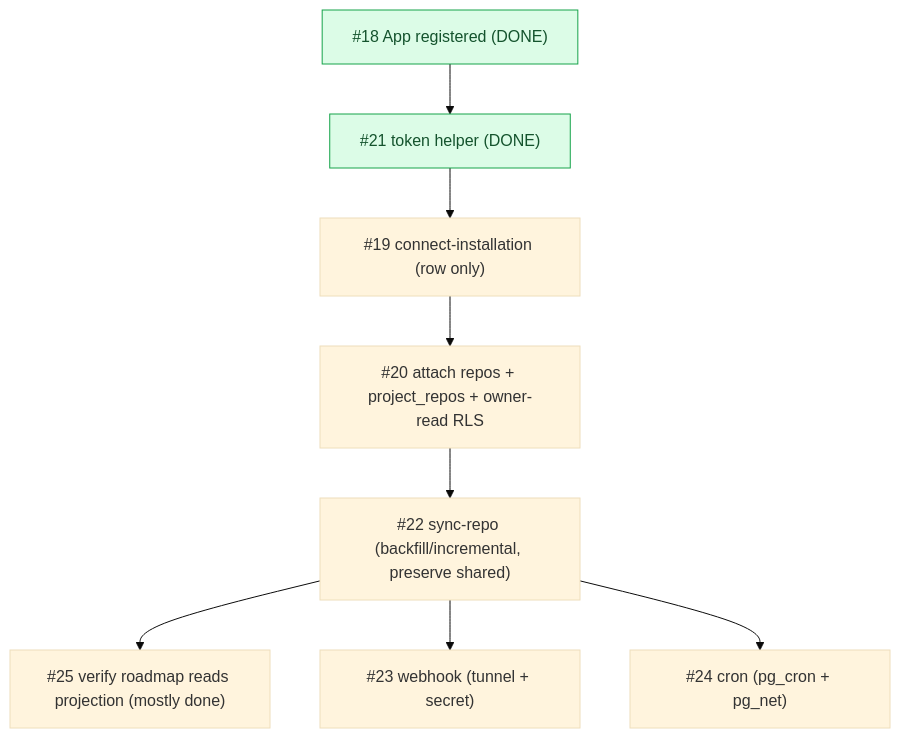
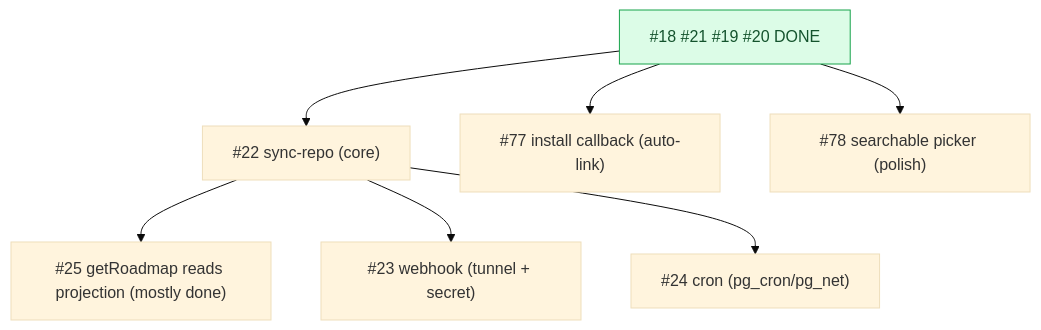
The diagram in docs/audits/milestone-Phase 3 - GitHub App & sync-audit.md (zestones/vista), drawn with Mermaid (base theme) before and after one commit. The commit also changed other lines of this file and 3 other files, not shown here.

First line of the commit message:
feat(github): sync-repo edge function (backfill + incremental)

````diff
--- a/docs/audits/milestone-Phase 3 - GitHub App & sync-audit.md
+++ b/docs/audits/milestone-Phase 3 - GitHub App & sync-audit.md
@@ -20,11 +22,10 @@
 ```mermaid
 flowchart TD
-  I18["#18 App registered (DONE)"]:::done --> I21["#21 token helper (DONE)"]:::done
-  I21 --> I19["#19 connect-installation (row only)"]
-  I19 --> I20["#20 attach repos + project_repos + owner-read RLS"]
-  I20 --> I22["#22 sync-repo (backfill/incremental, preserve shared)"]
-  I22 --> I25["#25 verify roadmap reads projection (mostly done)"]
+  D["#18 #21 #19 #20 DONE"]:::done --> I22["#22 sync-repo (core)"]
+  I22 --> I25["#25 getRoadmap reads projection (mostly done)"]
   I22 --> I23["#23 webhook (tunnel + secret)"]
-  I22 --> I24["#24 cron (pg_cron + pg_net)"]
+  I22 --> I24["#24 cron (pg_cron/pg_net)"]
+  D --> I77["#77 install callback (auto-link)"]
+  D --> I78["#78 searchable picker (polish)"]
   classDef done fill:#dcfce7,stroke:#16a34a,color:#14532d;
 ```
````
